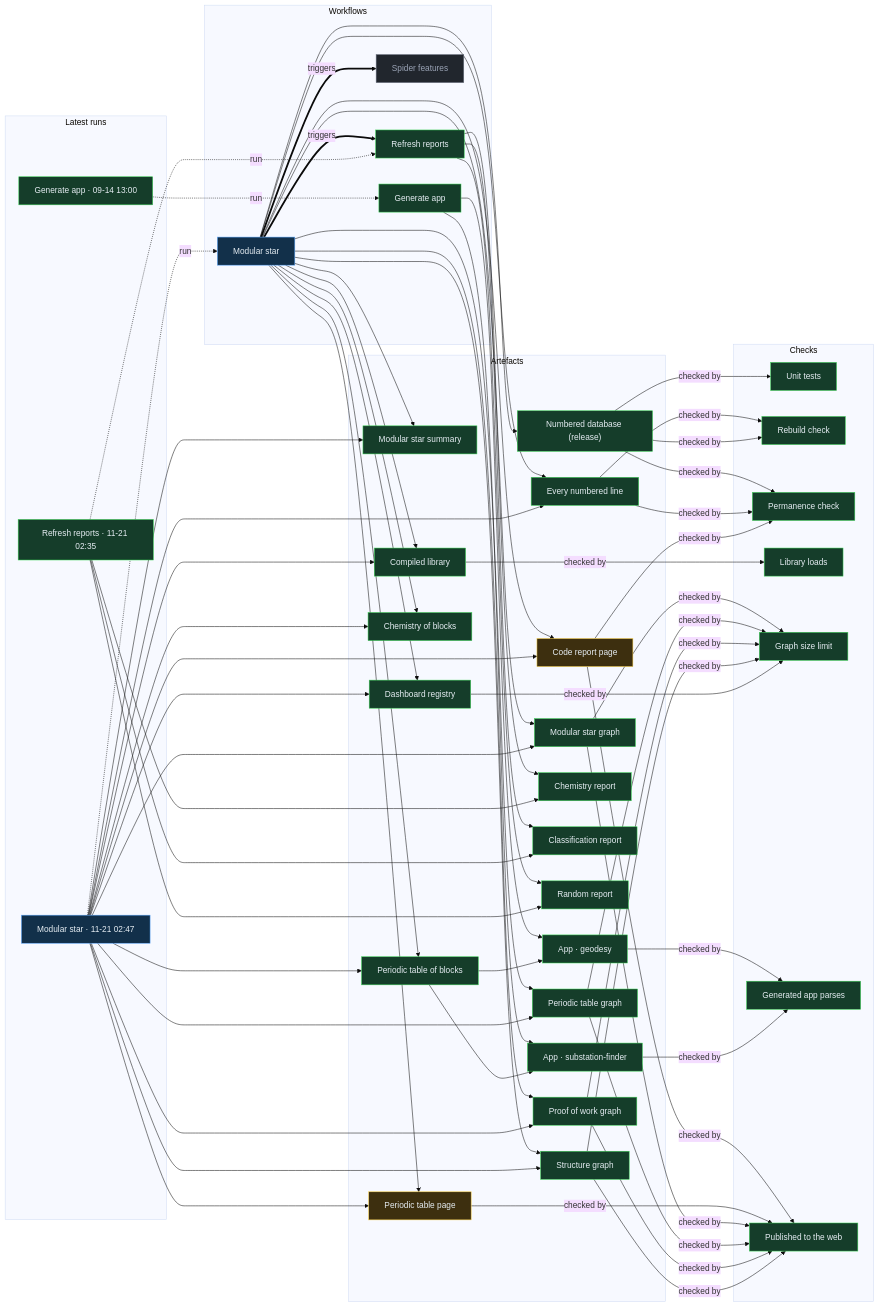
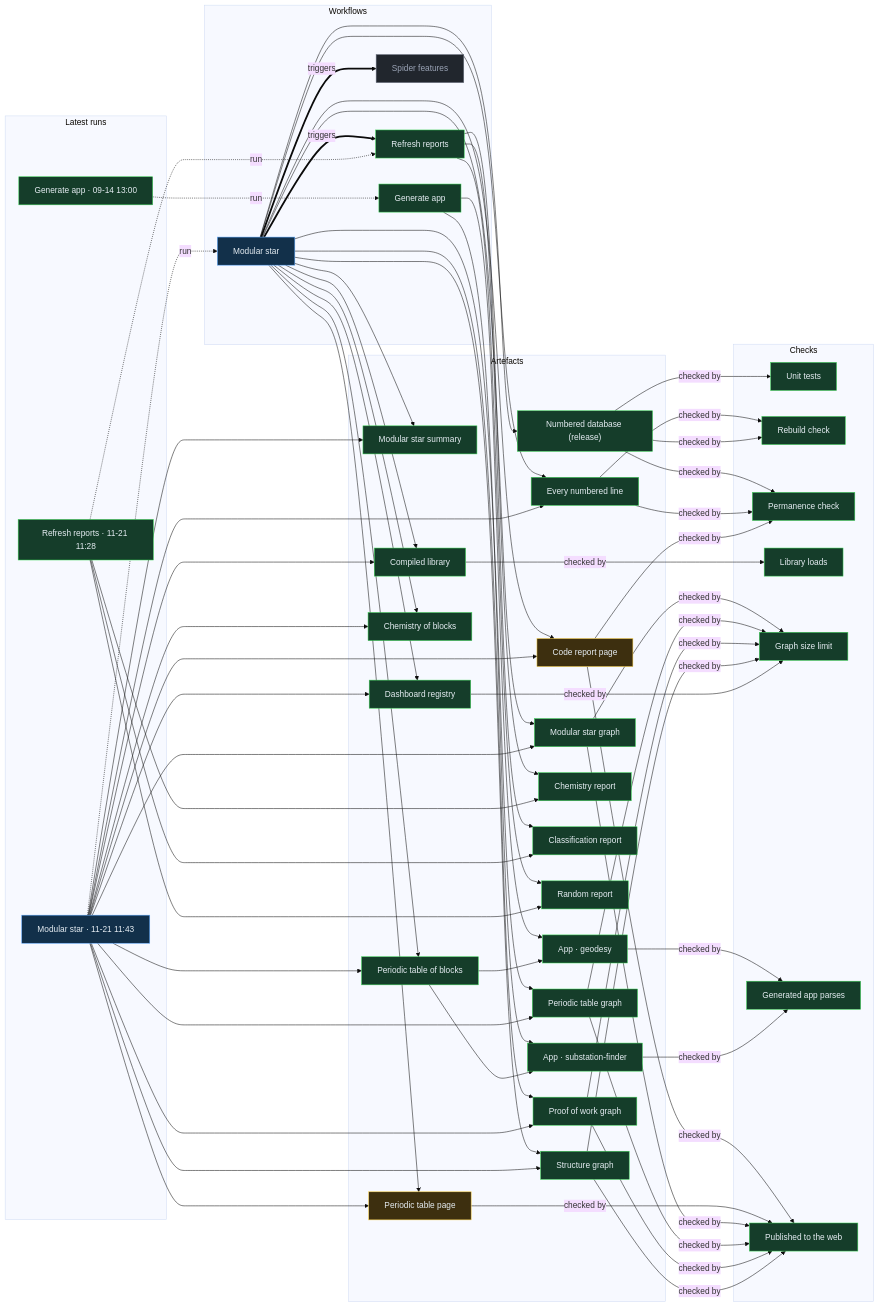
Before and after one commit to Ventusltd/stars: the diagram in proof/PROOF.md, drawn with Mermaid (base theme). The commit also changed other lines of this file and 55 other files, not shown here.

Commit message:
Modular star 2026-11-21T11:45Z

```diff
--- a/proof/PROOF.md
+++ b/proof/PROOF.md
@@ -24,8 +24,8 @@
   n_wf_spider_features["Spider features"]:::off
   end
   subgraph g_runs["Latest runs"]
-  n_run_44857757111["Modular star · 11-21 02:47"]:::live
-  n_run_44856700771["Refresh reports · 11-21 02:35"]:::ok
+  n_run_44900422052["Modular star · 11-21 11:43"]:::live
+  n_run_44899250865["Refresh reports · 11-21 11:28"]:::ok
   n_run_34846587798["Generate app · 09-14 13:00"]:::ok
   end
   subgraph g_artefacts["Artefacts"]
@@ -59,39 +59,39 @@
   end
   n_wf_modular_star == triggers ==> n_wf_refresh
   n_wf_modular_star == triggers ==> n_wf_spider_features
-  n_run_44857757111 -. run .-> n_wf_modular_star
-  n_run_44856700771 -. run .-> n_wf_refresh
+  n_run_44900422052 -. run .-> n_wf_modular_star
+  n_run_44899250865 -. run .-> n_wf_refresh
   n_run_34846587798 -. run .-> n_wf_generate
   n_wf_modular_star --> n_art_summary
-  n_run_44857757111 --> n_art_summary
+  n_run_44900422052 --> n_art_summary
   n_wf_modular_star --> n_art_lines
-  n_run_44857757111 --> n_art_lines
+  n_run_44900422052 --> n_art_lines
   n_wf_modular_star --> n_art_code
-  n_run_44857757111 --> n_art_code
+  n_run_44900422052 --> n_art_code
   n_wf_modular_star --> n_art_modular_graph
-  n_run_44857757111 --> n_art_modular_graph
+  n_run_44900422052 --> n_art_modular_graph
   n_wf_modular_star --> n_art_blocks
-  n_run_44857757111 --> n_art_blocks
+  n_run_44900422052 --> n_art_blocks
   n_wf_modular_star --> n_art_table
-  n_run_44857757111 --> n_art_table
+  n_run_44900422052 --> n_art_table
   n_wf_modular_star --> n_art_blocks_graph
-  n_run_44857757111 --> n_art_blocks_graph
+  n_run_44900422052 --> n_art_blocks_graph
   n_wf_modular_star --> n_art_reactions
-  n_run_44857757111 --> n_art_reactions
+  n_run_44900422052 --> n_art_reactions
   n_wf_modular_star --> n_art_library
-  n_run_44857757111 --> n_art_library
+  n_run_44900422052 --> n_art_library
   n_wf_modular_star --> n_art_features
-  n_run_44857757111 --> n_art_features
+  n_run_44900422052 --> n_art_features
   n_wf_modular_star --> n_art_proof
-  n_run_44857757111 --> n_art_proof
+  n_run_44900422052 --> n_art_proof
   n_wf_modular_star --> n_art_structure
-  n_run_44857757111 --> n_art_structure
+  n_run_44900422052 --> n_art_structure
   n_wf_refresh --> n_art_chemistry
-  n_run_44856700771 --> n_art_chemistry
+  n_run_44899250865 --> n_art_chemistry
   n_wf_refresh --> n_art_vedic
-  n_run_44856700771 --> n_art_vedic
+  n_run_44899250865 --> n_art_vedic
   n_wf_refresh --> n_art_random
-  n_run_44856700771 --> n_art_random
+  n_run_44899250865 --> n_art_random
   n_wf_modular_star --> n_art_release
   n_wf_generate --> n_app_geodesy
   n_art_blocks --> n_app_geodesy
```
